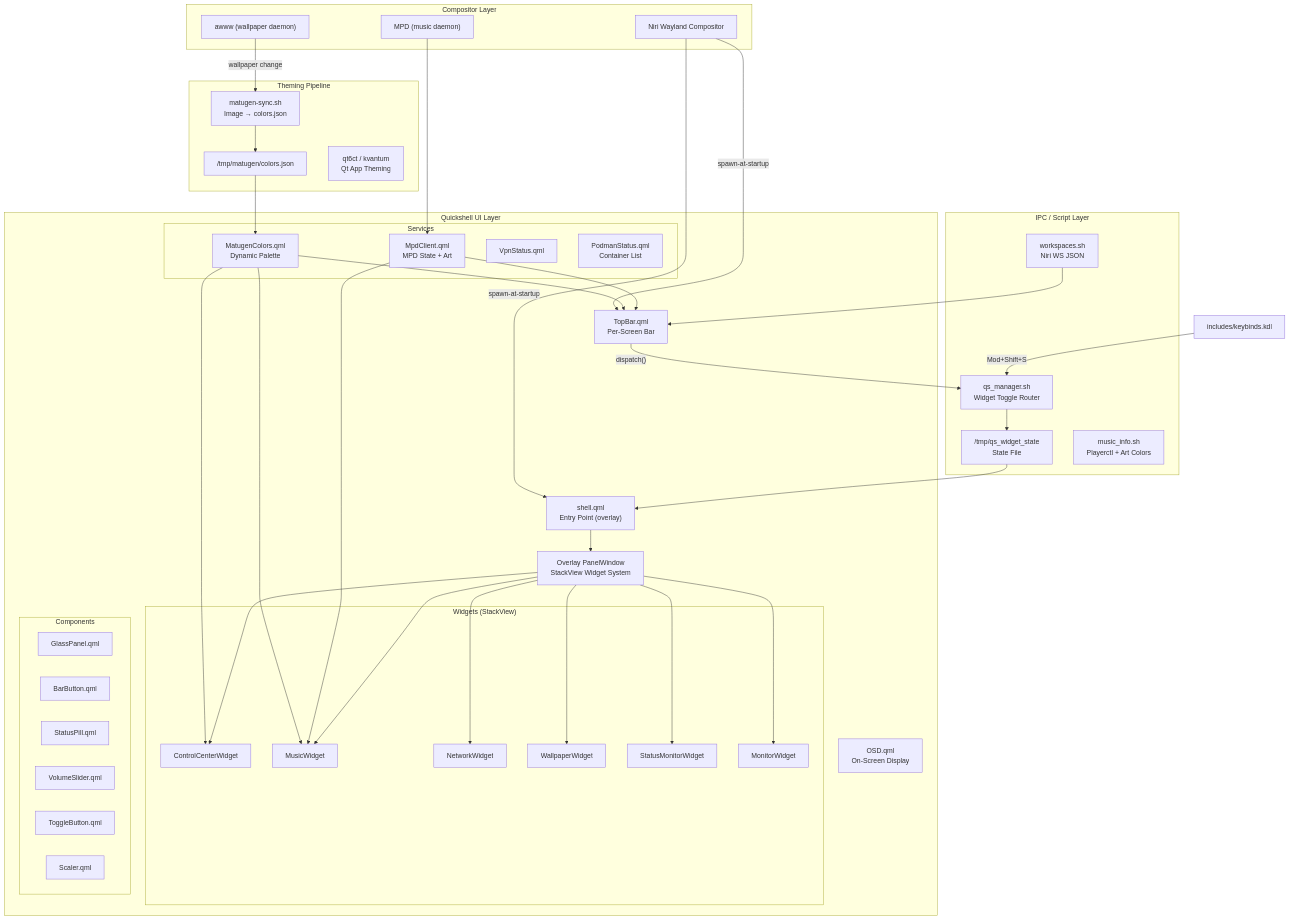
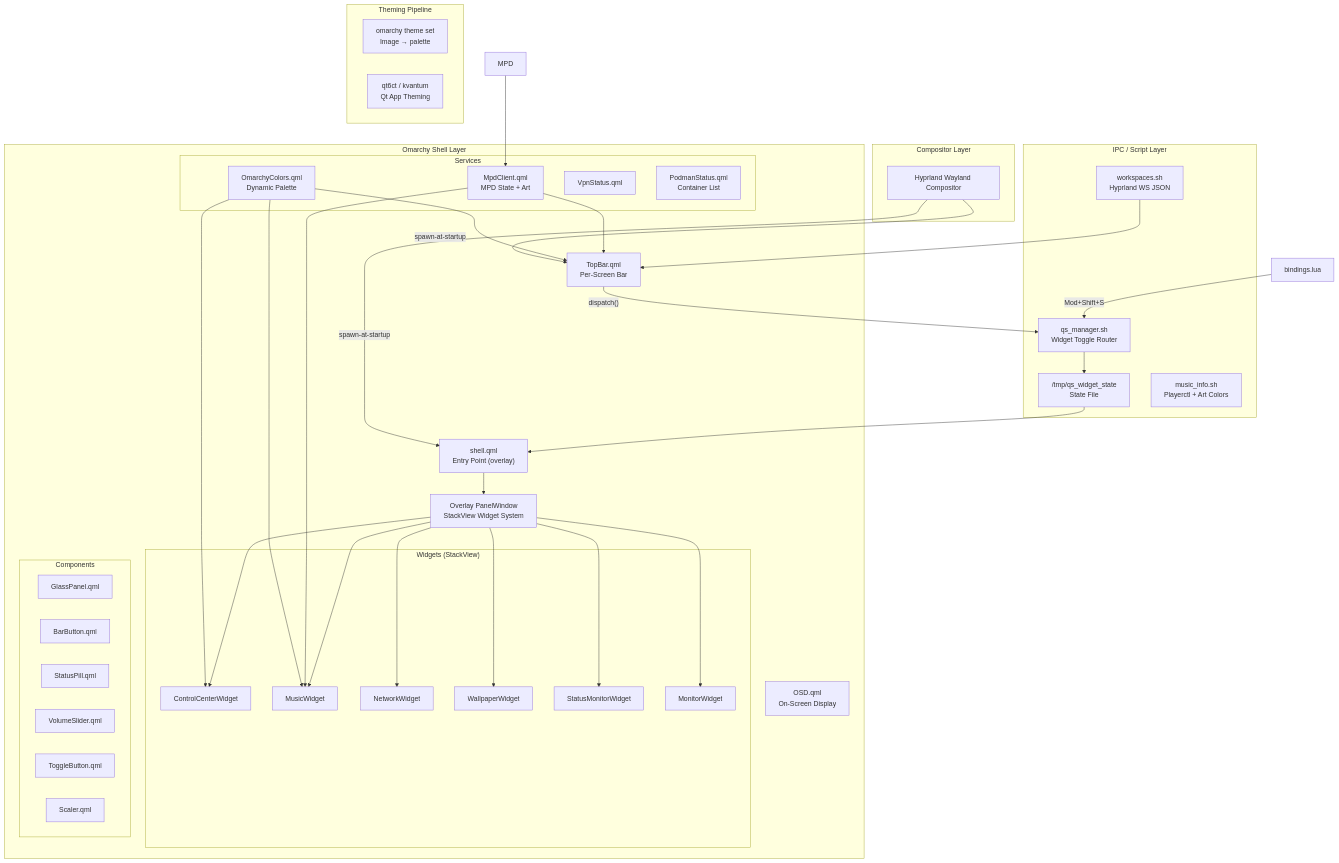
One commit to ForeverLX/nightforge changed the diagram in ARCHITECTURE.md. Above: the diagram before and after it, drawn with Mermaid. The commit also changed other lines of this file and 33 other files, not shown here.

First line of the commit message:
S226: Pre-migration snapshot before Niri → Omarchy migration

````diff
--- a/ARCHITECTURE.md
+++ b/ARCHITECTURE.md
@@ -124,80 +144,74 @@
 ```mermaid
 graph TB
     subgraph "Compositor Layer"
-        NIRI["Niri Wayland Compositor"]
-        AWWW["awww (wallpaper daemon)"]
-        MPD["MPD (music daemon)"]
+        HYPRLAND["Hyprland Wayland Compositor"]
     end
 
-    subgraph "Quickshell UI Layer"
+    subgraph "Omarchy Shell Layer"
         SHELL["shell.qml<br/>Entry Point (overlay)"]
         BAR["TopBar.qml<br/>Per-Screen Bar"]
         OVERLAY["Overlay PanelWindow<br/>StackView Widget System"]
         OSD["OSD.qml<br/>On-Screen Display"]
 
         subgraph "Services"
-            MATUGEN["MatugenColors.qml<br/>Dynamic Palette"]
+            OMARCHYCOLORS["OmarchyColors.qml<br/>Dynamic Palette"]
             MPDCLIENT["MpdClient.qml<br/>MPD State + Art"]
             VPN["VpnStatus.qml"]
             PODMAN["PodmanStatus.qml<br/>Container List"]
         end
 
         subgraph "Widgets (StackView)"
             W_CC["ControlCenterWidget"]
             W_MUSIC["MusicWidget"]
             W_NET["NetworkWidget"]
             W_WALL["WallpaperWidget"]
             W_STATUS["StatusMonitorWidget"]
             W_MON["MonitorWidget"]
         end
 
         subgraph "Components"
             GLASS["GlassPanel.qml"]
             BUTTON["BarButton.qml"]
             PILL["StatusPill.qml"]
             SLIDER["VolumeSlider.qml"]
             TOGGLE["ToggleButton.qml"]
             SCALER["Scaler.qml"]
         end
     end
 
     subgraph "IPC / Script Layer"
         QSM["qs_manager.sh<br/>Widget Toggle Router"]
         IPC["/tmp/qs_widget_state<br/>State File"]
-        D_WORK["workspaces.sh<br/>Niri WS JSON"]
+        D_WORK["workspaces.sh<br/>Hyprland WS JSON"]
         D_MUSIC["music_info.sh<br/>Playerctl + Art Colors"]
     end
 
     subgraph "Theming Pipeline"
-        MATUGEN_BIN["matugen-sync.sh<br/>Image → colors.json"]
-        COLORS_JSON["/tmp/matugen/colors.json"]
+        OMARCHY_THEME["omarchy theme set<br/>Image → palette"]
         QT6CT["qt6ct / kvantum<br/>Qt App Theming"]
     end
 
-    NIRI -->|"spawn-at-startup"| SHELL
-    NIRI -->|"spawn-at-startup"| BAR
-    AWWW -->|"wallpaper change"| MATUGEN_BIN
-    MATUGEN_BIN --> COLORS_JSON
-    COLORS_JSON --> MATUGEN
-    MATUGEN --> W_CC
-    MATUGEN --> BAR
-    MATUGEN --> W_MUSIC
+    HYPRLAND -->|"spawn-at-startup"| SHELL
+    HYPRLAND -->|"spawn-at-startup"| BAR
+    OMARCHYCOLORS --> W_CC
+    OMARCHYCOLORS --> BAR
+    OMARCHYCOLORS --> W_MUSIC
 
     MPD --> MPDCLIENT
     MPDCLIENT --> BAR
     MPDCLIENT --> W_MUSIC
 
     D_WORK --> BAR
     QSM --> IPC
     IPC --> SHELL
     SHELL --> OVERLAY
     OVERLAY --> W_CC
     OVERLAY --> W_MUSIC
     OVERLAY --> W_NET
     OVERLAY --> W_WALL
     OVERLAY --> W_STATUS
     OVERLAY --> W_MON
 
     BAR -->|"dispatch()"| QSM
-    KEYBINDS["includes/keybinds.kdl"] -->|"Mod+Shift+S"| QSM
+    KEYBINDS["bindings.lua"] -->|"Mod+Shift+S"| QSM
 ```
````
